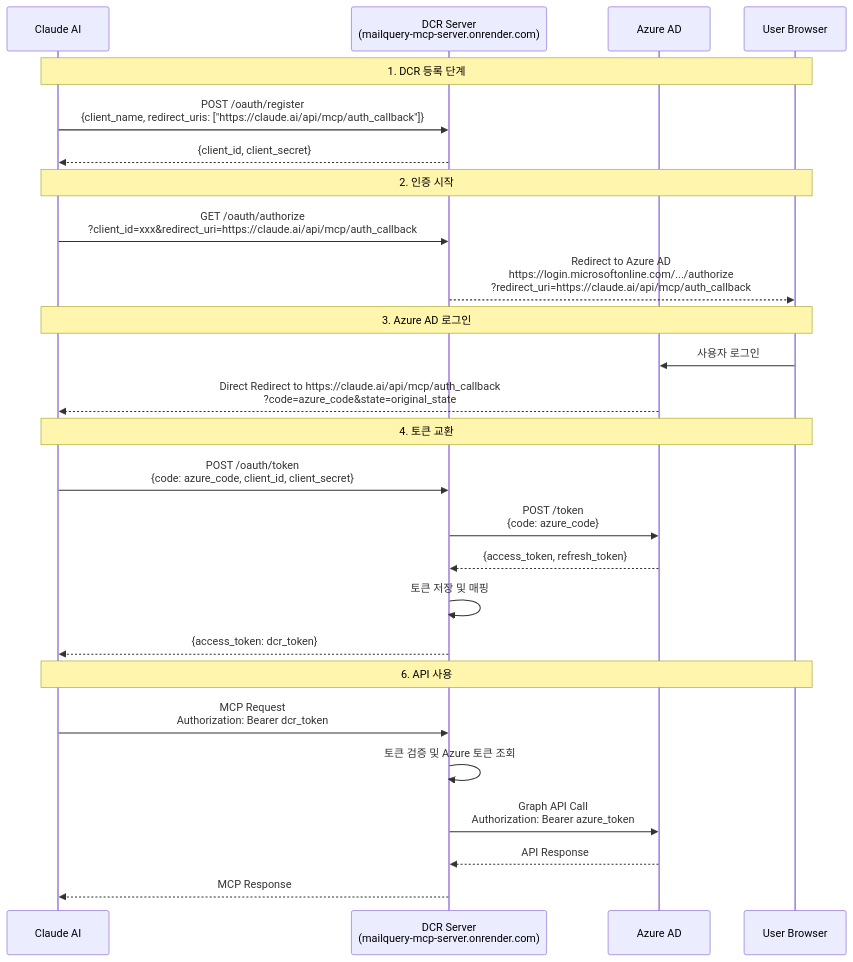
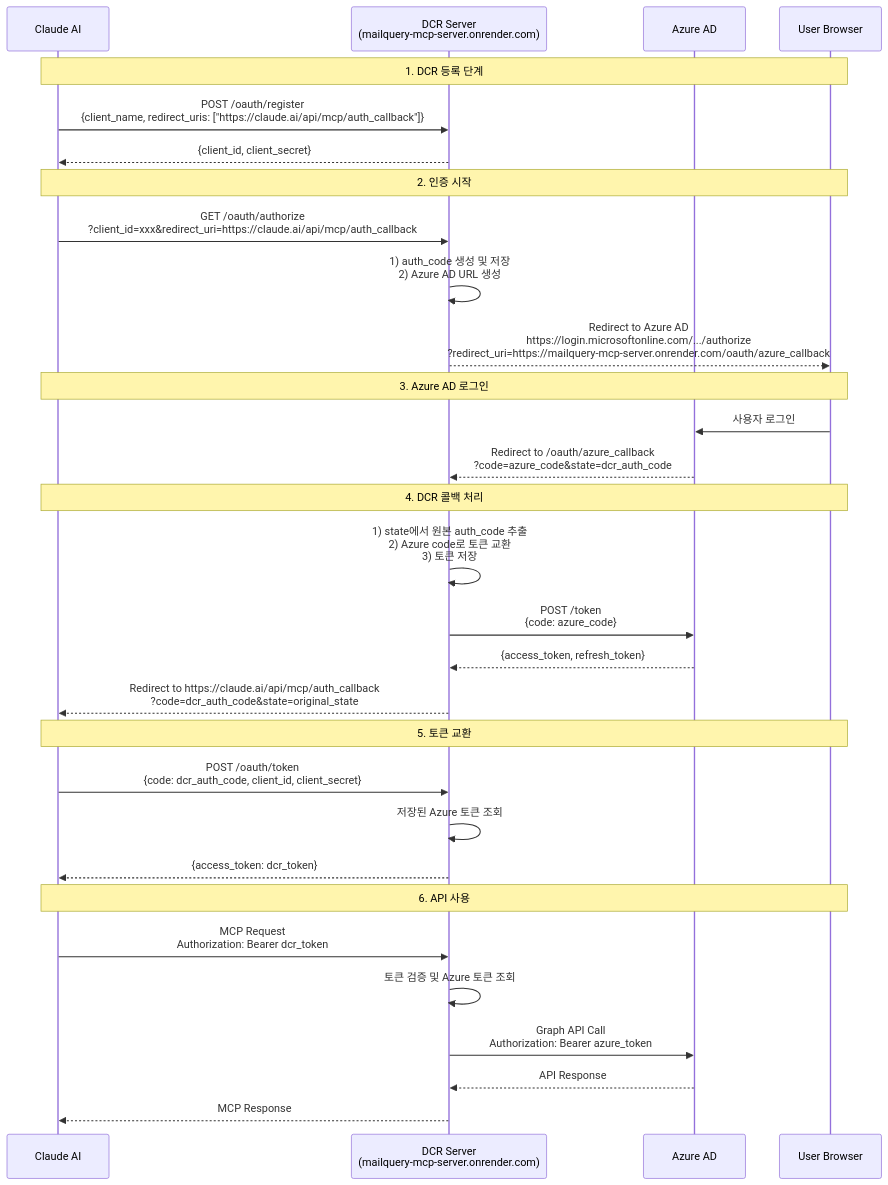
The first of 2 diagrams in docs/CLAUDE_MCP_FLOW_DIAGRAM.md (kimghw/MailQueryWithMCP), drawn with Mermaid before and after one commit. The commit also changed other lines of this file and 1 other file, not shown here.

Commit message:
fix: OAuth 플로우 수정 - Azure AD redirect URI를 DCR 서버로 올바르게 설정
- Azure AD는 DCR 서버의 /oauth/azure_callback로 리다이렉트
- DCR 서버가 Azure 토큰을 받아 저장한 후 Claude로 최종 리다이렉트
- /oauth/token 엔드포인트: DCR auth_code로 저장된 Azure 토큰 조회
- 문서 업데이트: 올바른 플로우 다이어그램 및 설정 방법

Azure Portal 설정 필요:
Redirect URI: https://mailquery-mcp-server.onrender.com/oauth/azure_callback

🤖 Generated with Claude Code

````diff
--- a/docs/CLAUDE_MCP_FLOW_DIAGRAM.md
+++ b/docs/CLAUDE_MCP_FLOW_DIAGRAM.md
@@ -5,33 +5,38 @@
 ```mermaid
 sequenceDiagram
     participant Claude as Claude AI
     participant DCR as DCR Server<br/>(mailquery-mcp-server.onrender.com)
     participant Azure as Azure AD
     participant User as User Browser
 
     Note over Claude,User: 1. DCR 등록 단계
     Claude->>DCR: POST /oauth/register<br/>{client_name, redirect_uris: ["https://claude.ai/api/mcp/auth_callback"]}
     DCR-->>Claude: {client_id, client_secret}
 
     Note over Claude,User: 2. 인증 시작
     Claude->>DCR: GET /oauth/authorize<br/>?client_id=xxx&redirect_uri=https://claude.ai/api/mcp/auth_callback
-    DCR-->>User: Redirect to Azure AD<br/>https://login.microsoftonline.com/.../authorize<br/>?redirect_uri=https://claude.ai/api/mcp/auth_callback
+    DCR->>DCR: 1) auth_code 생성 및 저장<br/>2) Azure AD URL 생성
+    DCR-->>User: Redirect to Azure AD<br/>https://login.microsoftonline.com/.../authorize<br/>?redirect_uri=https://mailquery-mcp-server.onrender.com/oauth/azure_callback
 
     Note over Claude,User: 3. Azure AD 로그인
     User->>Azure: 사용자 로그인
-    Azure-->>Claude: Direct Redirect to https://claude.ai/api/mcp/auth_callback<br/>?code=azure_code&state=original_state
+    Azure-->>DCR: Redirect to /oauth/azure_callback<br/>?code=azure_code&state=dcr_auth_code
 
-    Note over Claude,User: 4. 토큰 교환
-    Claude->>DCR: POST /oauth/token<br/>{code: azure_code, client_id, client_secret}
+    Note over Claude,User: 4. DCR 콜백 처리
+    DCR->>DCR: 1) state에서 원본 auth_code 추출<br/>2) Azure code로 토큰 교환<br/>3) 토큰 저장
     DCR->>Azure: POST /token<br/>{code: azure_code}
     Azure-->>DCR: {access_token, refresh_token}
-    DCR->>DCR: 토큰 저장 및 매핑
+    DCR-->>Claude: Redirect to https://claude.ai/api/mcp/auth_callback<br/>?code=dcr_auth_code&state=original_state
+
+    Note over Claude,User: 5. 토큰 교환
+    Claude->>DCR: POST /oauth/token<br/>{code: dcr_auth_code, client_id, client_secret}
+    DCR->>DCR: 저장된 Azure 토큰 조회
     DCR-->>Claude: {access_token: dcr_token}
 
     Note over Claude,User: 6. API 사용
     Claude->>DCR: MCP Request<br/>Authorization: Bearer dcr_token
     DCR->>DCR: 토큰 검증 및 Azure 토큰 조회
     DCR->>Azure: Graph API Call<br/>Authorization: Bearer azure_token
     Azure-->>DCR: API Response
     DCR-->>Claude: MCP Response
 ```
````
